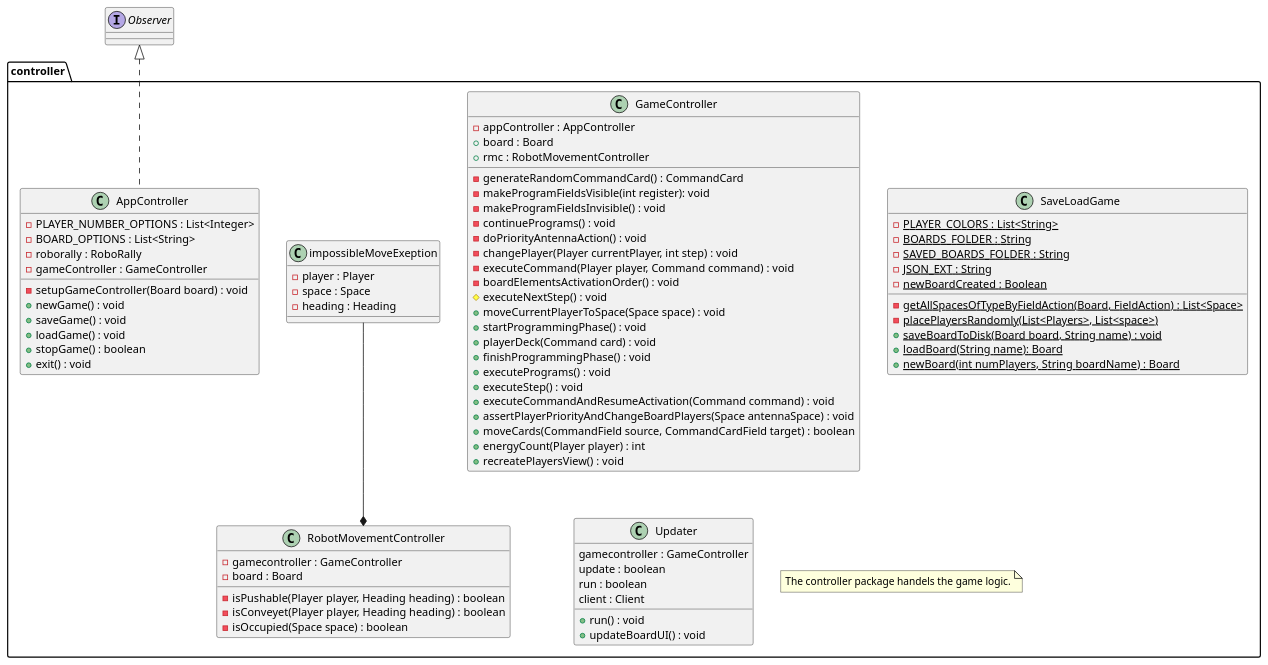
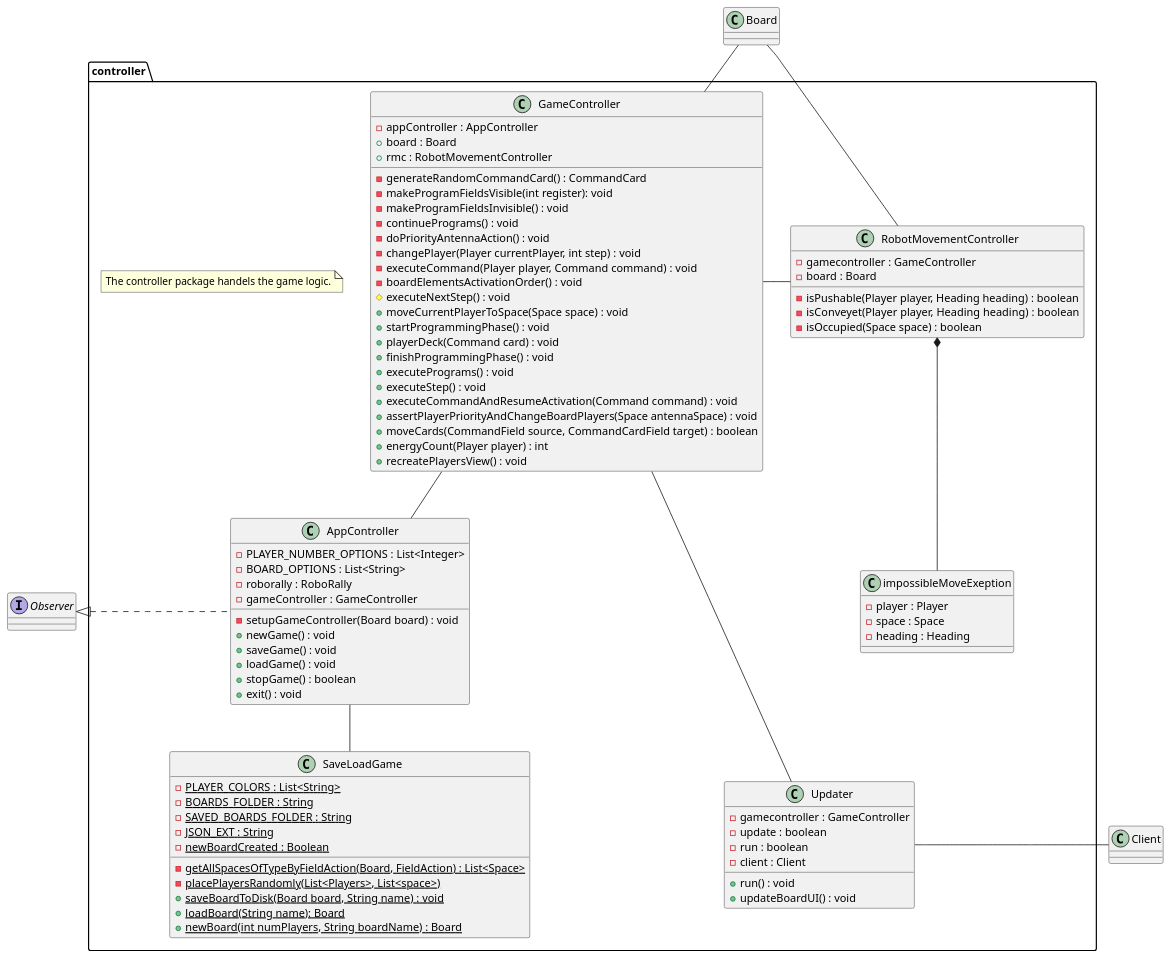
Before and after one commit to MikaelFangel/RoboRally: the diagram in diagrams/DesignClassDiagramPackageController.puml, drawn with PlantUML. The commit also changed 2 other files, not shown here.

Commit message:
Updates to class diagrams

```diff
--- a/diagrams/DesignClassDiagramPackageController.puml
+++ b/diagrams/DesignClassDiagramPackageController.puml
@@ -1,87 +1,94 @@
 @startuml
 package controller{
 skinparam groupInheritance 2
 skinparam linetype polyline
    class AppController{
       -PLAYER_NUMBER_OPTIONS : List<Integer>
       -BOARD_OPTIONS : List<String>
       -roborally : RoboRally
       -gameController : GameController
 
       -setupGameController(Board board) : void
       +newGame() : void
       +saveGame() : void
       +loadGame() : void
       +stopGame() : boolean
       +exit() : void
    }
    class GameController{
       -appController : AppController
       +board : Board
       +rmc : RobotMovementController
 
       -generateRandomCommandCard() : CommandCard
       -makeProgramFieldsVisible(int register): void
       -makeProgramFieldsInvisible() : void
       -continuePrograms() : void
       -doPriorityAntennaAction() : void
       -changePlayer(Player currentPlayer, int step) : void
       -executeCommand(Player player, Command command) : void
       -boardElementsActivationOrder() : void
       #executeNextStep() : void
       +moveCurrentPlayerToSpace(Space space) : void
       +startProgrammingPhase() : void
       +playerDeck(Command card) : void
       +finishProgrammingPhase() : void
       +executePrograms() : void
       +executeStep() : void
       +executeCommandAndResumeActivation(Command command) : void
       +assertPlayerPriorityAndChangeBoardPlayers(Space antennaSpace) : void
       +moveCards(CommandField source, CommandCardField target) : boolean
       +energyCount(Player player) : int
       +recreatePlayersView() : void
    }
    class RobotMovementController{
       -gamecontroller : GameController
       -board : Board
 
       -isPushable(Player player, Heading heading) : boolean
       -isConveyet(Player player, Heading heading) : boolean
       -isOccupied(Space space) : boolean
 
    }
    class impossibleMoveExeption{
       -player : Player
       -space : Space
       -heading : Heading
    }
    class SaveLoadGame{
       {Static} -PLAYER_COLORS : List<String>
       {Static} -BOARDS_FOLDER : String
       {Static} -SAVED_BOARDS_FOLDER : String
       {Static} -JSON_EXT : String
       {Static} -newBoardCreated : Boolean
 
       {static} -getAllSpacesOfTypeByFieldAction(Board, FieldAction) : List<Space>
       {Static} -placePlayersRandomly(List<Players>, List<space>)
       {Static} +saveBoardToDisk(Board board, String name) : void
       {Static} +loadBoard(String name): Board
       {Static} +newBoard(int numPlayers, String boardName) : Board
    }
    class Updater{
-      gamecontroller : GameController
-      update : boolean
-      run : boolean
-      client : Client
+      -gamecontroller : GameController
+      -update : boolean
+      -run : boolean
+      -client : Client
 
      +run() : void
      +updateBoardUI() : void
    }
-   RobotMovementController *-u- impossibleMoveExeption
    note "The controller package handels the game logic." as note1
 }
 
 interface Observer{
 }
-Observer <|.d. AppController
+AppController -- SaveLoadGame
+Observer <|.r. AppController
+GameController -- AppController
+GameController -d-- Updater
+GameController -r- RobotMovementController
+Board -d- GameController
+Board -d- RobotMovementController
+RobotMovementController *-d- impossibleMoveExeption
+Updater - Client
 @enduml
```
